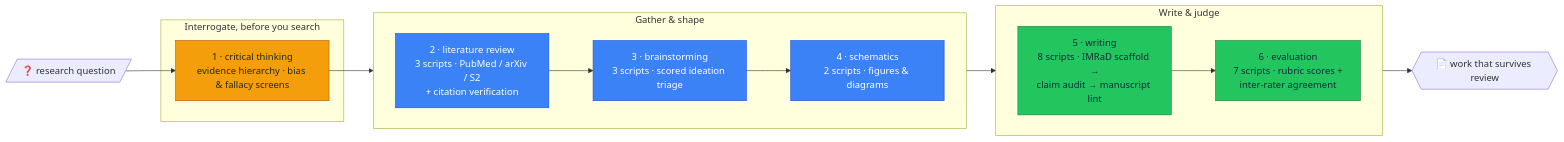
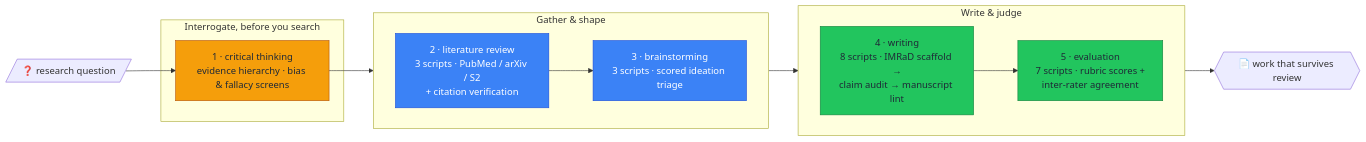
The diagram in README.md (AlveeeRahman/research-hound), drawn with Mermaid before and after one commit. The commit also changed other lines of this file and 21 other files, not shown here.

````diff
--- a/README.md
+++ b/README.md
@@ -42,25 +45,24 @@
 ```mermaid
 flowchart LR
     q[/"❓ research question"/] --> ct
     subgraph THINK["Interrogate, before you search"]
         ct["1 · critical thinking<br/>evidence hierarchy · bias & fallacy screens"]
     end
     subgraph GATHER["Gather & shape"]
         direction LR
         lr["2 · literature review<br/>3 scripts · PubMed / arXiv / S2<br/>+ citation verification"] --> bs["3 · brainstorming<br/>3 scripts · scored ideation triage"]
-        bs --> sc["4 · schematics<br/>2 scripts · figures & diagrams"]
     end
     subgraph SHIP["Write & judge"]
         direction LR
-        wr["5 · writing<br/>8 scripts · IMRaD scaffold →<br/>claim audit → manuscript lint"] --> ev["6 · evaluation<br/>7 scripts · rubric scores +<br/>inter-rater agreement"]
+        wr["4 · writing<br/>8 scripts · IMRaD scaffold →<br/>claim audit → manuscript lint"] --> ev["5 · evaluation<br/>7 scripts · rubric scores +<br/>inter-rater agreement"]
     end
     ct --> lr
-    sc --> wr
+    bs --> wr
     ev --> out{{"📄 work that survives review"}}
     classDef think fill:#f59e0b,stroke:#b45309,color:#1f2937
     classDef gather fill:#3b82f6,stroke:#1d4ed8,color:#ffffff
     classDef ship fill:#22c55e,stroke:#15803d,color:#1f2937
     class ct think
-    class lr,bs,sc gather
+    class lr,bs gather
     class wr,ev ship
 ```
````
